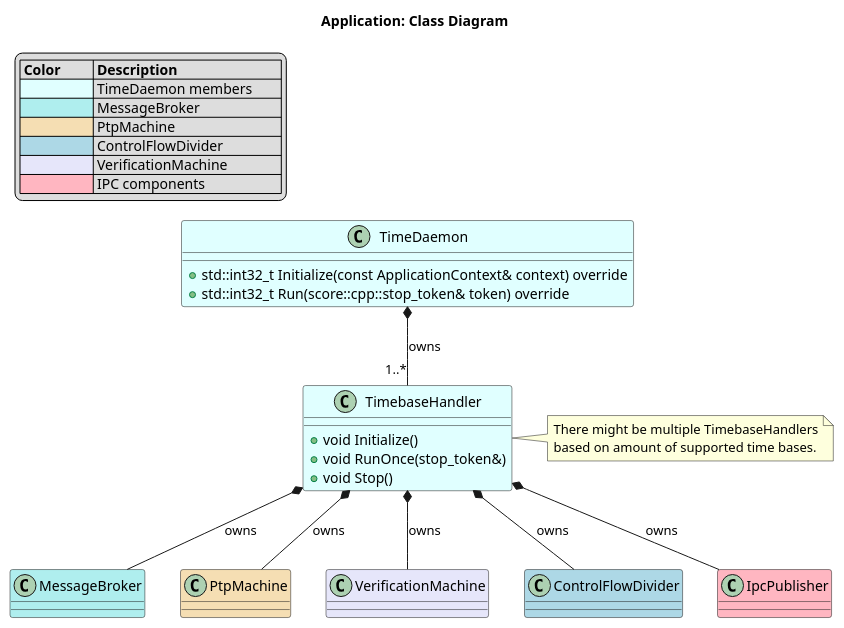
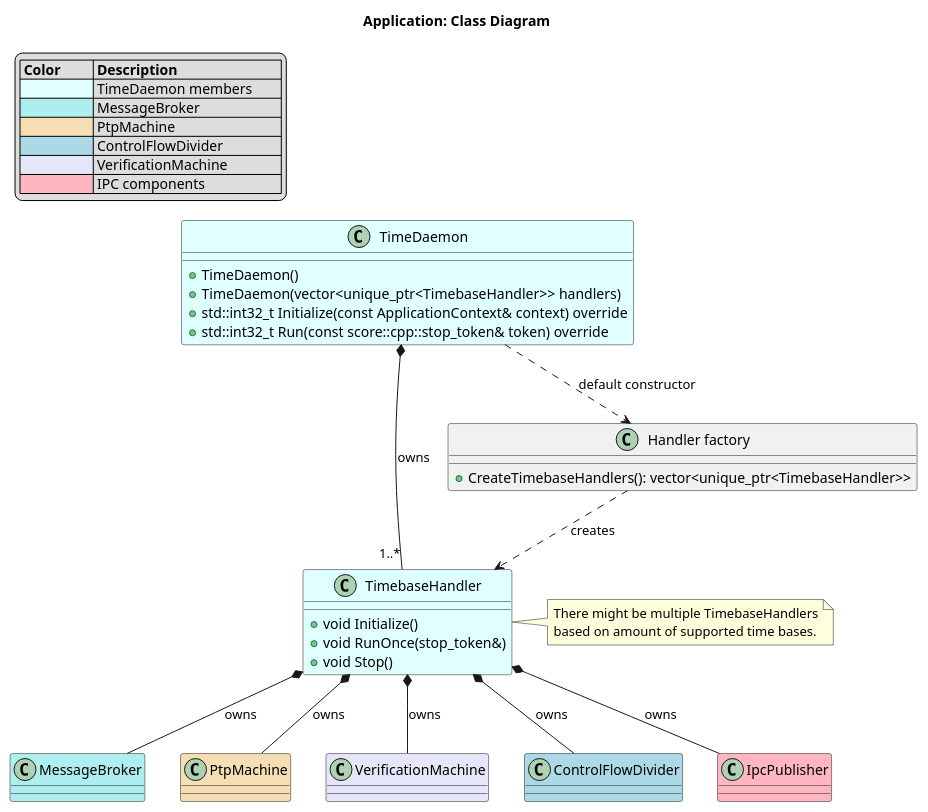
Before and after one commit to eclipse-score/time: the diagram in score/time_daemon/docs/detailed_design/_assets/app/app_class.puml, drawn with PlantUML. The commit also changed 26 other files, not shown here.

First line of the commit message:
Add a generic timebase handler to TimeDaemon

```diff
--- a/score/time_daemon/docs/detailed_design/_assets/app/app_class.puml
+++ b/score/time_daemon/docs/detailed_design/_assets/app/app_class.puml
@@ -14,44 +14,52 @@
 @startuml application_class_diagram
 
 title Application: Class Diagram
 
 legend top left
     |= Color         |= Description              |
     | <#LightCyan>   | TimeDaemon members        |
     | <#PaleTurquoise> | MessageBroker           |
     | <#Wheat>       | PtpMachine                |
     | <#LightBlue>   | ControlFlowDivider        |
     | <#Lavender>    | VerificationMachine       |
     | <#LightPink>   | IPC components            |
 endlegend
 
 class "TimeDaemon" as vtd_app #LightCyan {
+    +TimeDaemon()
+    +TimeDaemon(vector<unique_ptr<TimebaseHandler>> handlers)
     +std::int32_t Initialize(const ApplicationContext& context) override
-    +std::int32_t Run(score::cpp::stop_token& token) override
+    +std::int32_t Run(const score::cpp::stop_token& token) override
+}
+
+class "Handler factory" as factory {
+    +CreateTimebaseHandlers(): vector<unique_ptr<TimebaseHandler>>
 }
 
 class "TimebaseHandler" as tb_handler #LightCyan{
     +void Initialize()
     +void RunOnce(stop_token&)
     +void Stop()
 }
 note right
     There might be multiple TimebaseHandlers
     based on amount of supported time bases.
 end note
 
 class "MessageBroker" as msg_broker #PaleTurquoise
 class "PtpMachine" as ptp_machine #Wheat
 class "VerificationMachine" as ver_machine #Lavender
 class "ControlFlowDivider" as cf_divider #LightBlue
 class "IpcPublisher" as ipc_publisher #LightPink
 
 vtd_app *-- "1..*" tb_handler : owns
+vtd_app ..> factory : default constructor
+factory ..> tb_handler : creates
 
 tb_handler *-- msg_broker : owns
 tb_handler *-- ptp_machine : owns
 tb_handler *-- ver_machine : owns
 tb_handler *-- cf_divider : owns
 tb_handler *-- ipc_publisher : owns
 
 @enduml
```
